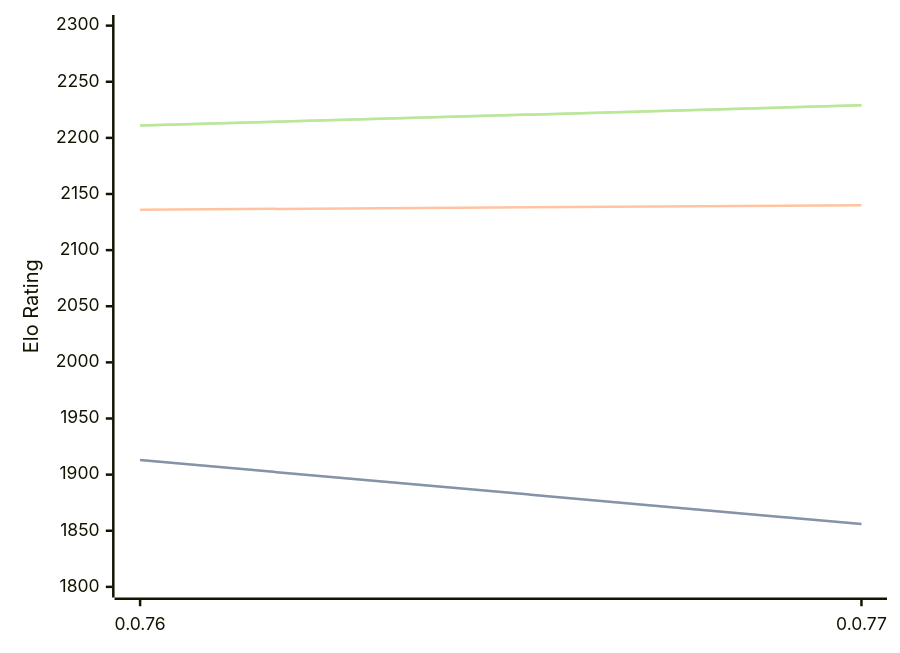
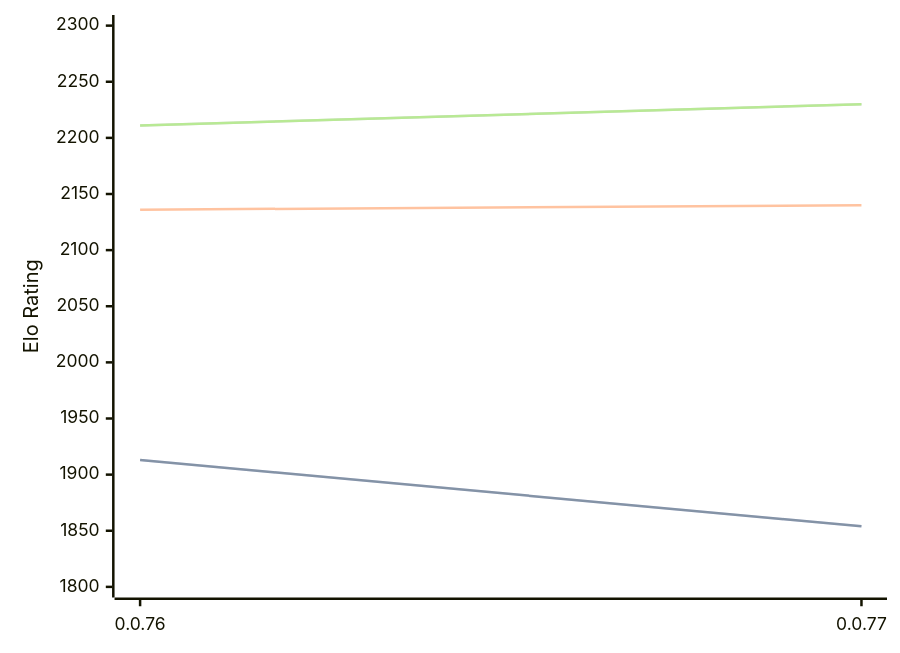
The diagram in engines/Fktb.md (computer-chess-index/cci), drawn with Mermaid before and after one commit. The commit also changed other lines of this file, not shown here.

Commit message:
Update CCI Ratings (ELO VLTC) - 2026-08-27

````diff
--- a/engines/Fktb.md
+++ b/engines/Fktb.md
@@ -32,11 +32,11 @@
 ```mermaid
 %%{init: {"theme":"base","themeVariables":{"seriesColors:['#a3a3a3','#222221','#faa371']}}}%%
 xychart-beta
   x-axis ["0.0.76", "0.0.77"]
   y-axis "Elo Rating" 1800 --> 2300
-  line "STC (8.0+0.08s)" [1913, 1856]
-  line "STC (8.0+0.08s)" [1913, 1856]
+  line "STC (8.0+0.08s)" [1913, 1854]
+  line "STC (8.0+0.08s)" [1913, 1854]
   line "LTC (60.0+0.60s)" [2136, 2140]
-  line "VLTC (2m24s+1.12s)" [2211, 2229]
-  line "VLTC (2m24s+1.12s)" [2211, 2229]
+  line "VLTC (2m24s+1.12s)" [2211, 2230]
+  line "VLTC (2m24s+1.12s)" [2211, 2230]
 ```
````
